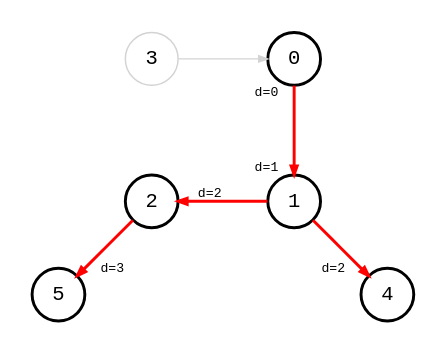
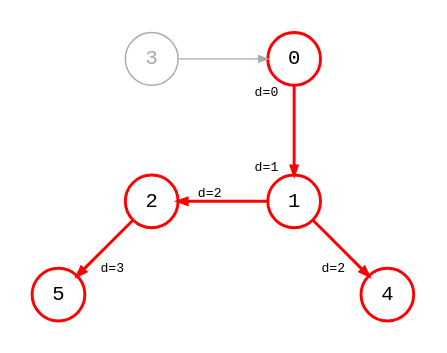
The diagram in src/bfs_dist_1.dot (bsdrks/graaf-images), drawn with Graphviz before and after one commit. The commit also changed 21 other files, not shown here.

Commit message:
unify diagram style

```diff
--- a/src/bfs_dist_1.dot
+++ b/src/bfs_dist_1.dot
@@ -1,21 +1,19 @@
 digraph {
     node [shape=circle, fontname="monospace"];
     edge [arrowsize=0.6, fontname="monospace", fontsize=9];
     layout=circo;
     scale=1.0;
     normalize=true;
     pad=0.2;
     splines=line
 
-    3 [color=lightgray];
-    0 [style=bold];
-    1 [style=bold];
-    2, 4, 5 [style=bold];
+    3 [color="#aaaaaa", fontcolor="#aaaaaa"];
+    0, 1, 2, 4, 5 [style=bold, color=red];
 
     0 -> 1 [style=bold, color=red, headlabel="d=1  ", taillabel="d=0  "];
-    3 -> 0 [color=lightgray];
+    3 -> 0 [color="#aaaaaa"];
     1 -> 2 [style=bold, color=red, headlabel="   d=2"];
     2 -> 3 [style=invis];
     1 -> 4 [style=bold, color=red, headlabel="d=2   "];
     2 -> 5 [style=bold, color=red, headlabel="   d=3 "];
 }
```
